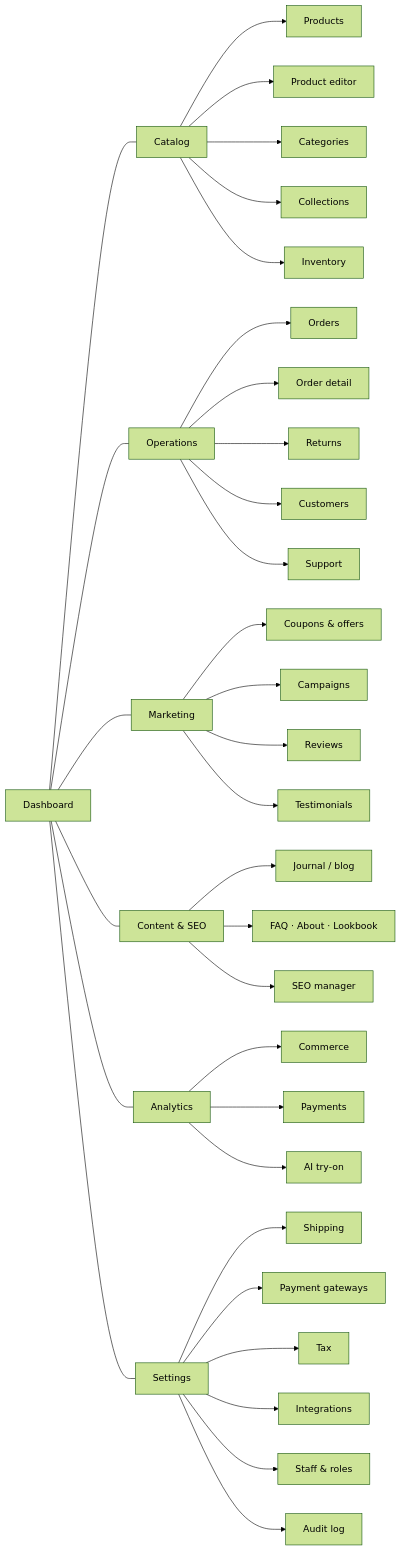
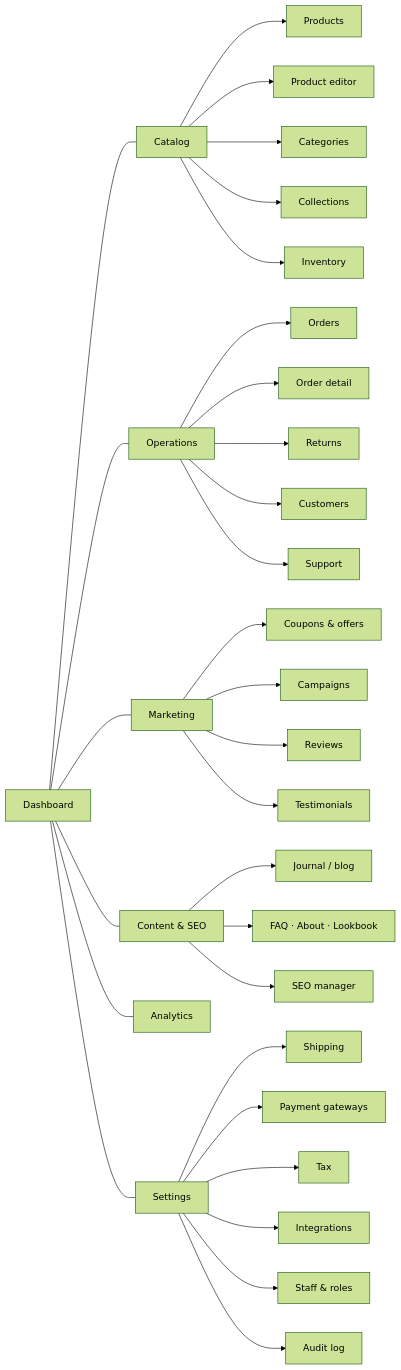
Before and after one commit to akshayrajput12/wavy-ecom: the diagram in docs/system-design/08_ADMIN_MODULES.md, drawn with Mermaid (forest theme). The commit also changed other lines of this file and 594 other files, not shown here.

````diff
--- a/docs/system-design/08_ADMIN_MODULES.md
+++ b/docs/system-design/08_ADMIN_MODULES.md
@@ -12,15 +12,14 @@
 ```mermaid
 flowchart LR
   D[Dashboard] --- CAT[Catalog]
   CAT --> P[Products] & PE[Product editor] & CATG[Categories] & COL[Collections] & INV[Inventory]
   D --- OPS[Operations]
   OPS --> O[Orders] & OD[Order detail] & RET[Returns] & CUS[Customers] & SUP[Support]
   D --- MKT[Marketing]
   MKT --> CPN[Coupons & offers] & CMP[Campaigns] & REV[Reviews] & TST[Testimonials]
   D --- CNT[Content & SEO]
   CNT --> BLOG[Journal / blog] & PAGES[FAQ · About · Lookbook] & SEO[SEO manager]
   D --- AN[Analytics]
-  AN --> AC[Commerce] & AP[Payments] & AT[AI try-on]
   D --- SET[Settings]
   SET --> SH[Shipping] & PAY[Payment gateways] & TAX[Tax] & INT[Integrations] & STF[Staff & roles] & AUD[Audit log]
 ```
````
